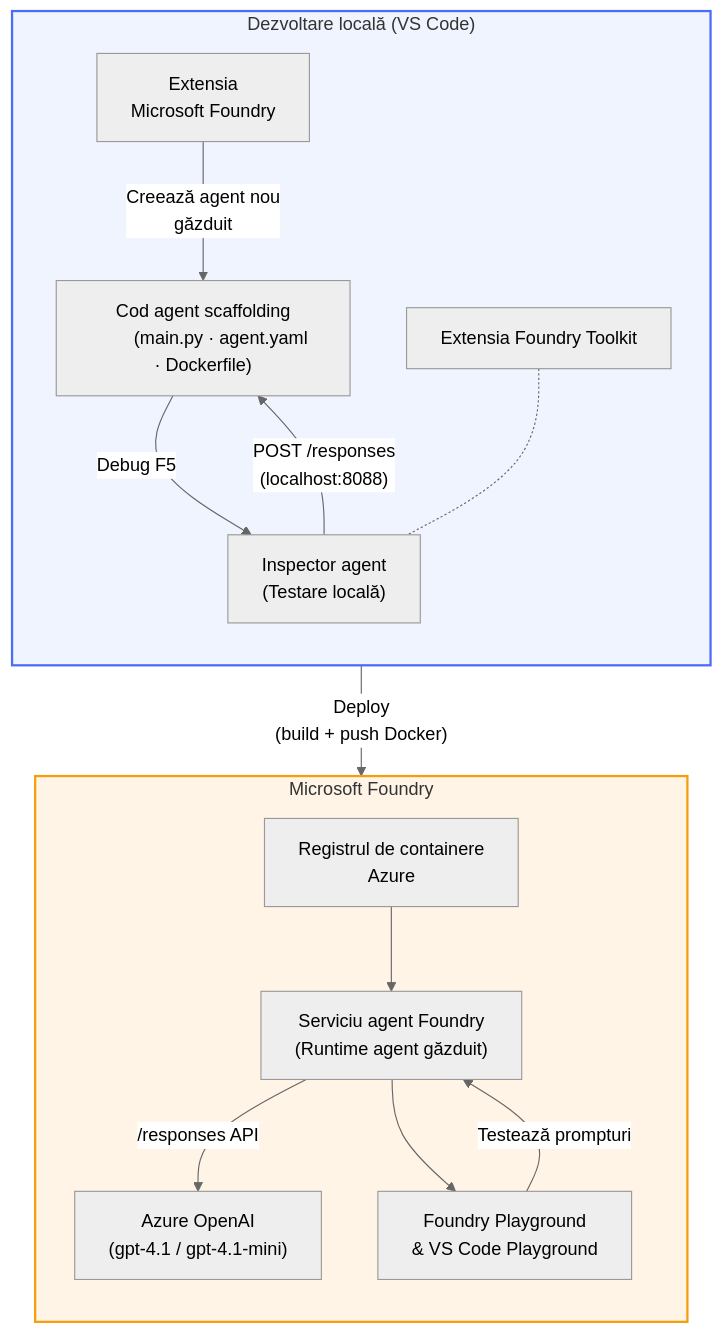
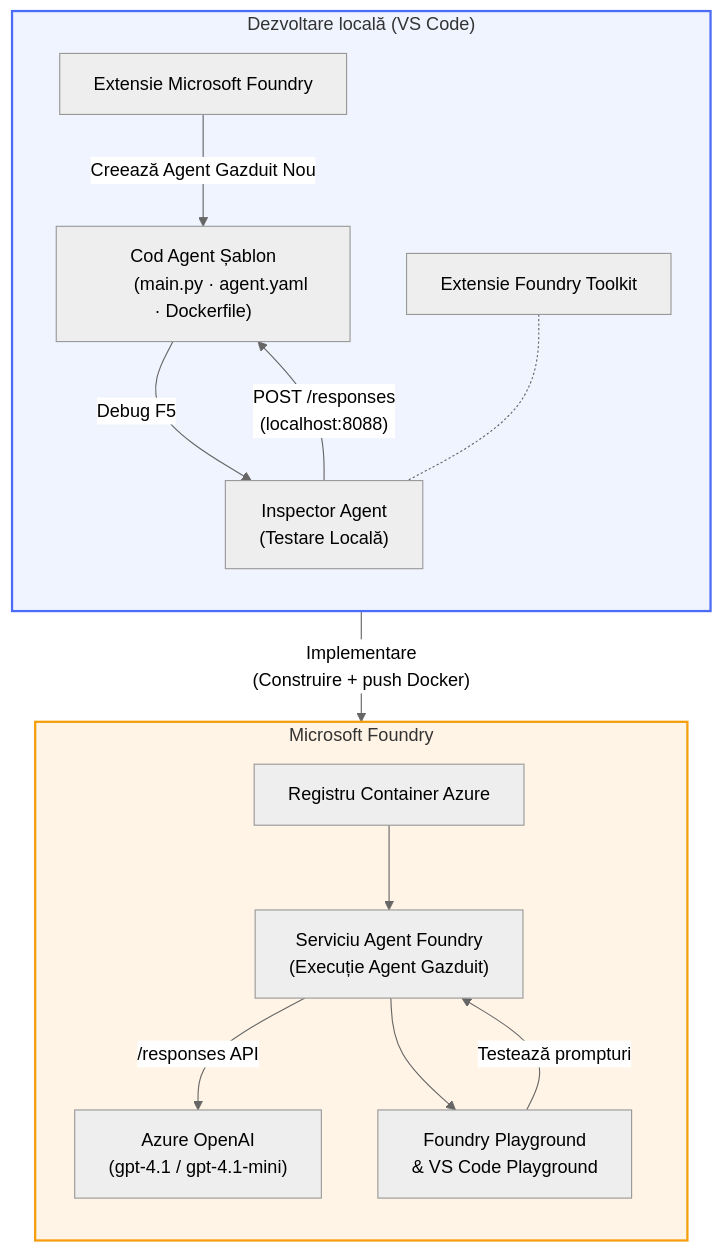
The diagram in translations/ro/README.md (microsoft-foundry/Foundry_Toolkit_for_VSCode_Lab), drawn with Mermaid (neutral theme) before and after one commit. The commit also changed other lines of this file and 110 other files, not shown here.

````diff
--- a/translations/ro/README.md
+++ b/translations/ro/README.md
@@ -48,41 +52,38 @@
 ```mermaid
 flowchart TB
     subgraph Local["Dezvoltare locală (VS Code)"]
         direction TB
-        FE["Extensia
-        Microsoft Foundry"]
-        FoundryToolkit["Extensia Foundry Toolkit"]
-        Scaffold["Cod agent scaffolding
+        FE["Extensie Microsoft Foundry"]
+        FoundryToolkit["Extensie Foundry Toolkit"]
+        Scaffold["Cod Agent Șablon
         (main.py · agent.yaml · Dockerfile)"]
-        Inspector["Inspector agent
-        (Testare locală)"]
-        FE -- "Creează agent nou 
-        găzduit" --> Scaffold
+        Inspector["Inspector Agent
+        (Testare Locală)"]
+        FE -- "Creează Agent Gazduit Nou" --> Scaffold
         Scaffold -- "Debug F5" --> Inspector
         FoundryToolkit -.- Inspector
     end
 
     subgraph Cloud["Microsoft Foundry"]
         direction TB
-        ACR["Registrul de containere
-        Azure"]
-        AgentService["Serviciu agent Foundry
-        (Runtime agent găzduit)"]
+        ACR["Registru Container Azure"]
+        AgentService["Serviciu Agent Foundry
+        (Execuție Agent Gazduit)"]
         Model["Azure OpenAI
         (gpt-4.1 / gpt-4.1-mini)"]
         Playground["Foundry Playground
         & VS Code Playground"]
         ACR --> AgentService
         AgentService -- "/responses API" --> Model
         AgentService --> Playground
     end
 
-    Scaffold -- "Deploy
-    (build + push Docker)" --> ACR
+    Scaffold -- "Implementare
+    (Construire + push Docker)" --> ACR
     Inspector -- "POST /responses
     (localhost:8088)" --> Scaffold
     Playground -- "Testează prompturi" --> AgentService
 
     style Local fill:#f0f4ff,stroke:#4a6cf7,stroke-width:2px
     style Cloud fill:#fff4e6,stroke:#f59e0b,stroke-width:2px
 ```
````
